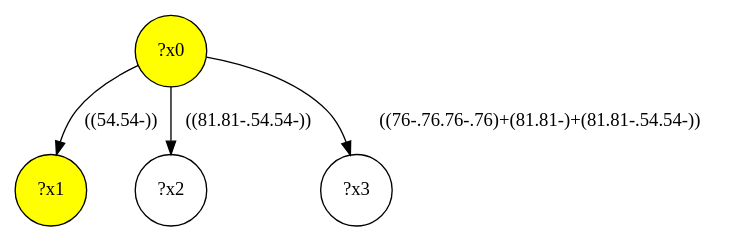
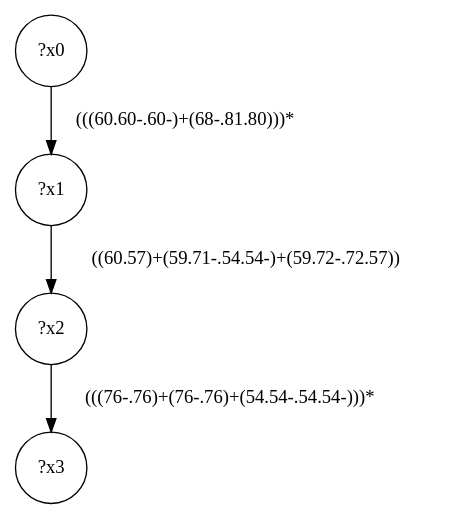
Before and after one commit to gbagan/gmark: the diagram in demo/shop/shop-interface/query-29.dot, drawn with Graphviz. The commit also changed 1061 other files, not shown here.

```diff
--- a/demo/shop/shop-interface/query-29.dot
+++ b/demo/shop/shop-interface/query-29.dot
@@ -1,9 +1,9 @@
 digraph g {
-	x0 [fillcolor="yellow", style="filled," shape=circle, label="?x0"];
-	x1 [fillcolor="yellow", style="filled," shape=circle, label="?x1"];
-	x0 -> x1 [label="((54.54-))"];
+	x0 [shape=circle, label="?x0"];
+	x1 [shape=circle, label="?x1"];
+	x0 -> x1 [label="(((60.60-.60-)+(68-.81.80)))*"];
 	x2 [shape=circle, label="?x2"];
-	x0 -> x2 [label="((81.81-.54.54-))"];
+	x1 -> x2 [label="((60.57)+(59.71-.54.54-)+(59.72-.72.57))"];
 	x3 [shape=circle, label="?x3"];
-	x0 -> x3 [label="((76-.76.76-.76)+(81.81-)+(81.81-.54.54-))"];
+	x2 -> x3 [label="(((76-.76)+(76-.76)+(54.54-.54.54-)))*"];
 }
```
